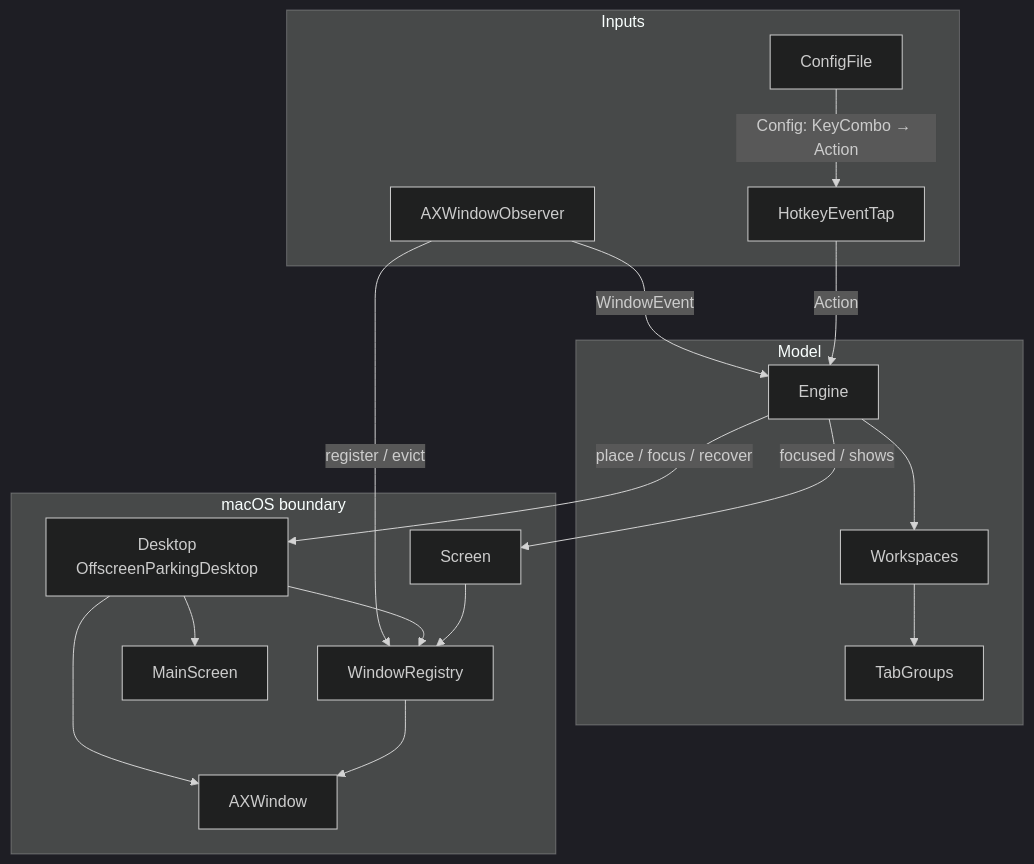
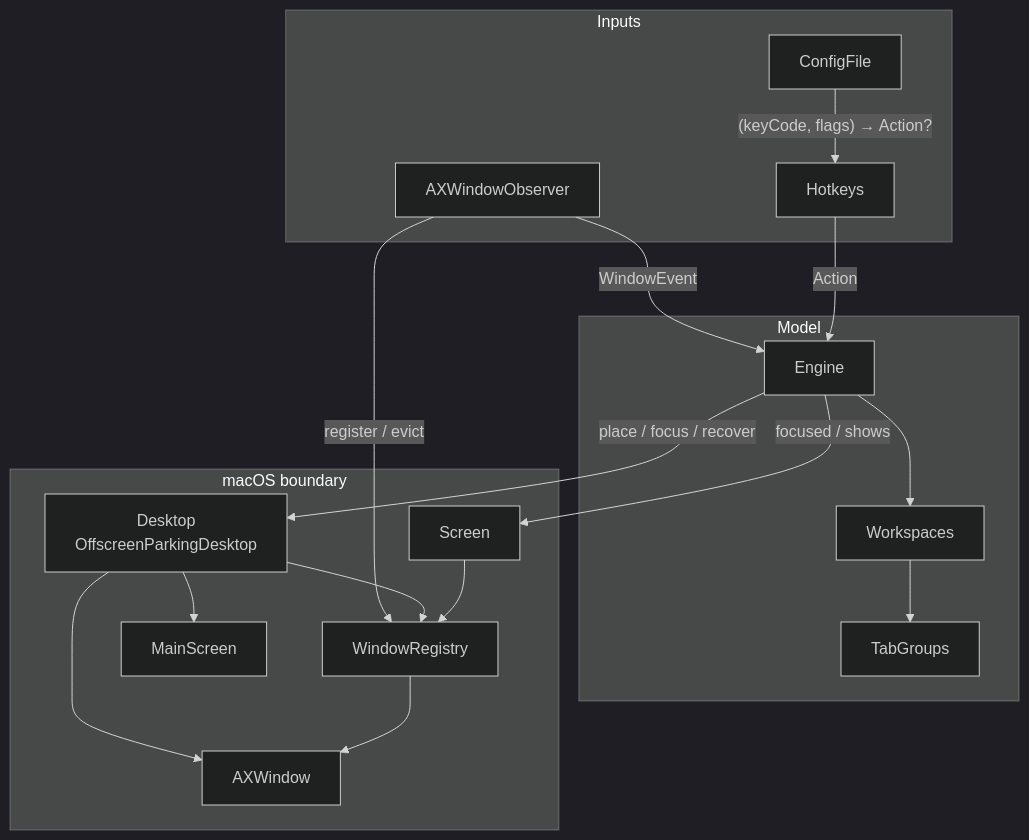
One commit to brennovich/ottowm changed the first of 4 diagrams in ARCHITECTURE.md. Above: the diagram before and after it, drawn with Mermaid (dark theme). The commit also changed other lines of this file and 6 other files, not shown here.

First line of the commit message:
Rename HotkeyEventTap to Hotkeys, narrow to a matcher

````diff
--- a/ARCHITECTURE.md
+++ b/ARCHITECTURE.md
@@ -8,36 +7,36 @@
 ```mermaid
 flowchart TB
     subgraph inputs[Inputs]
         AXWindowObserver
-        HotkeyEventTap
+        Hotkeys
         ConfigFile
     end
 
     subgraph core[Model]
         Engine
         Workspaces
         TabGroups
     end
 
     subgraph os[macOS boundary]
         Desktop[Desktop<br/>OffscreenParkingDesktop]
         Screen
         WindowRegistry
         AXWindow
         MainScreen
     end
 
     AXWindowObserver -->|WindowEvent| Engine
-    ConfigFile -->|Config: KeyCombo → Action| HotkeyEventTap
-    HotkeyEventTap -->|Action| Engine
+    ConfigFile -->|"(keyCode, flags) → Action?"| Hotkeys
+    Hotkeys -->|Action| Engine
     Engine --> Workspaces
     Workspaces --> TabGroups
     Engine -->|place / focus / recover| Desktop
     Engine -->|focused / shows| Screen
     AXWindowObserver -->|register / evict| WindowRegistry
     Desktop --> WindowRegistry
     Desktop --> AXWindow
     Desktop --> MainScreen
     Screen --> WindowRegistry
     WindowRegistry --> AXWindow
 ```
````
